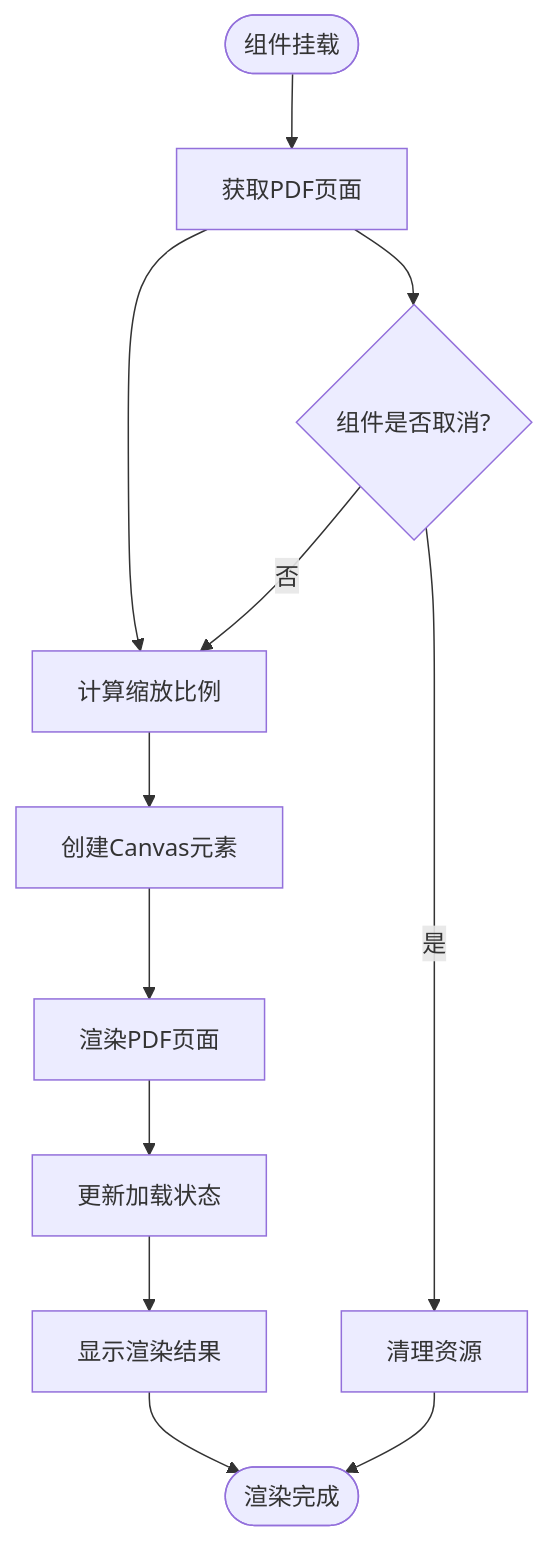
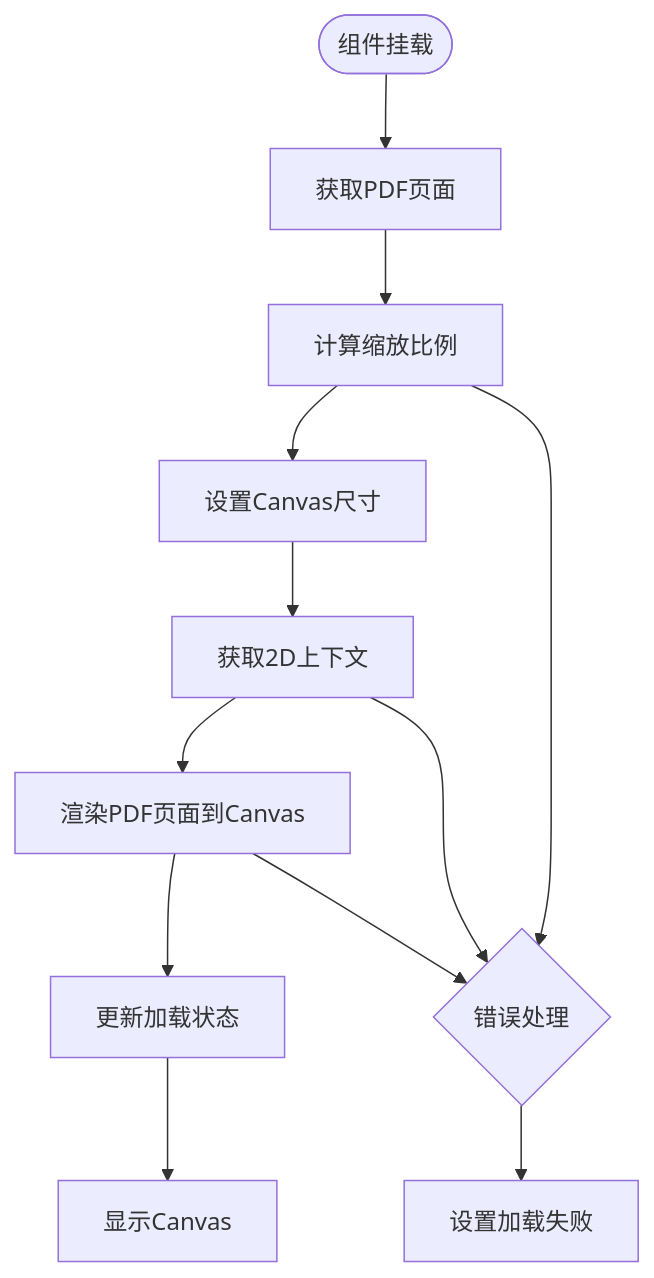
The fifth of 7 diagrams in .qoder/repowiki/zh/content/UI组件系统/共享组件/PDF文件预览组件.md (sgyy/privadeck), drawn with Mermaid before and after one commit. The commit also changed other lines of this file and 48 other files, not shown here.

````diff
--- a/.qoder/repowiki/zh/content/UI组件系统/共享组件/PDF文件预览组件.md
+++ b/.qoder/repowiki/zh/content/UI组件系统/共享组件/PDF文件预览组件.md
@@ -223,14 +226,14 @@
 ```mermaid
 flowchart TD
-Start([组件挂载]) --> GetPage[获取PDF页面]
-GetPage --> CalcScale[计算缩放比例]
-CalcScale --> CreateCanvas[创建Canvas元素]
-CreateCanvas --> RenderPage[渲染PDF页面]
+Start([组件挂载]) --> LoadPage[获取PDF页面]
+LoadPage --> CalcScale[计算缩放比例]
+CalcScale --> SetupCanvas[设置Canvas尺寸]
+SetupCanvas --> GetContext[获取2D上下文]
+GetContext --> RenderPage[渲染PDF页面到Canvas]
 RenderPage --> UpdateState[更新加载状态]
-UpdateState --> Display[显示渲染结果]
-Display --> End([渲染完成])
-GetPage --> Cancelled{组件是否取消?}
-Cancelled --> |是| Cleanup[清理资源]
-Cancelled --> |否| CalcScale
-Cleanup --> End
+UpdateState --> ShowCanvas[显示Canvas]
+CalcScale --> Error{错误处理}
+GetContext --> Error
+RenderPage --> Error
+Error --> SetLoadingFalse[设置加载失败]
 ```
````
